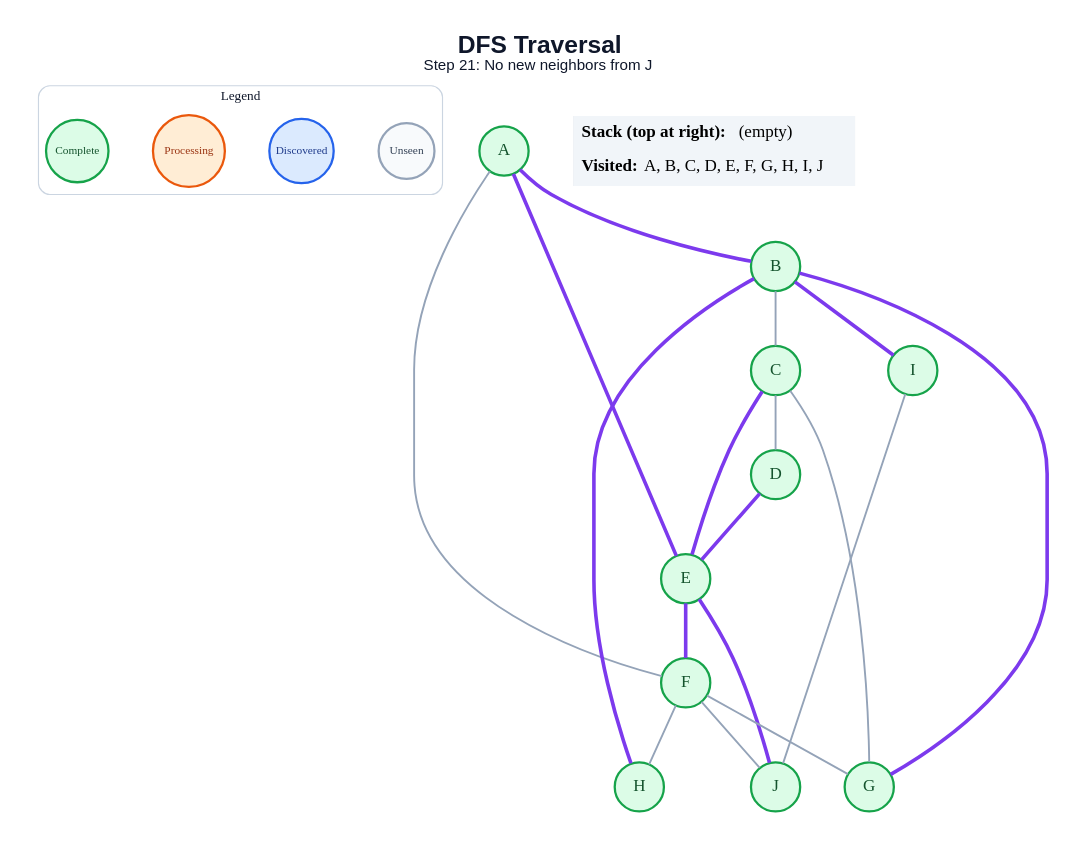
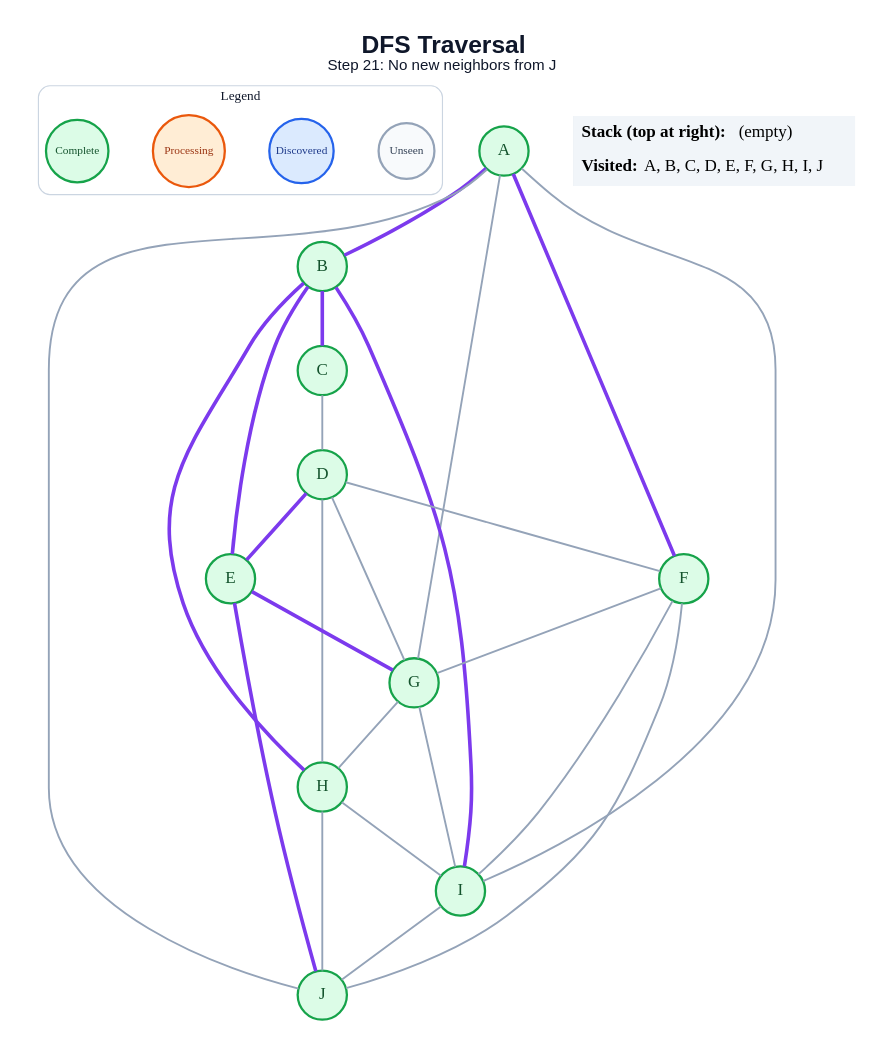
Before and after one commit to amanghodawala9/ai-slop: the diagram in generated/specific-node/dfs/step_21.dot, drawn with Graphviz. The commit also changed 178 other files, not shown here.

```diff
--- a/generated/specific-node/dfs/step_21.dot
+++ b/generated/specific-node/dfs/step_21.dot
@@ -1,46 +1,53 @@
 graph traversal {
   graph [layout=dot, rankdir=TB, bgcolor="#FFFFFF", pad="0.35", nodesep="0.65", ranksep="0.8", fontname="Arial"];
   node [shape=circle, style="filled", fontname="Arial Bold", fontsize=18, width=0.72, fixedsize=true, penwidth=2.4];
   edge [color="#94A3B8", penwidth=2.0];
   label=<<B>DFS Traversal</B><BR/><FONT POINT-SIZE="16">Step 21: No new neighbors from J</FONT>>; labelloc="t"; fontsize=26; fontname="Arial"; fontcolor="#0F172A";
   subgraph cluster_legend { label="Legend"; color="#CBD5E1"; penwidth=1.2; style="rounded"; fontsize=14; fontname="Arial Bold";
     key_unseen [label="Unseen", fillcolor="#F8FAFC", color="#94A3B8", fontcolor="#334155", fontsize=12, width=0.82];
     key_frontier [label="Discovered", fillcolor="#DBEAFE", color="#2563EB", fontcolor="#1E3A8A", fontsize=12, width=0.95];
     key_current [label="Processing", fillcolor="#FFEDD5", color="#EA580C", fontcolor="#9A3412", fontsize=12, width=1.05];
     key_done [label="Complete", fillcolor="#DCFCE7", color="#16A34A", fontcolor="#14532D", fontsize=12, width=0.92];
     { rank=same; key_unseen; key_frontier; key_current; key_done; }
   }
   A [fillcolor="#DCFCE7", color="#16A34A", fontcolor="#14532D"];
   B [fillcolor="#DCFCE7", color="#16A34A", fontcolor="#14532D"];
   C [fillcolor="#DCFCE7", color="#16A34A", fontcolor="#14532D"];
   D [fillcolor="#DCFCE7", color="#16A34A", fontcolor="#14532D"];
   E [fillcolor="#DCFCE7", color="#16A34A", fontcolor="#14532D"];
   F [fillcolor="#DCFCE7", color="#16A34A", fontcolor="#14532D"];
   G [fillcolor="#DCFCE7", color="#16A34A", fontcolor="#14532D"];
   H [fillcolor="#DCFCE7", color="#16A34A", fontcolor="#14532D"];
   I [fillcolor="#DCFCE7", color="#16A34A", fontcolor="#14532D"];
   J [fillcolor="#DCFCE7", color="#16A34A", fontcolor="#14532D"];
   A -- B [color="#7C3AED", penwidth=3.8];
-  A -- E [color="#7C3AED", penwidth=3.8];
-  A -- F;
-  B -- C;
-  B -- G [color="#7C3AED", penwidth=3.8];
+  A -- F [color="#7C3AED", penwidth=3.8];
+  A -- G;
+  A -- I;
+  A -- J;
+  B -- C [color="#7C3AED", penwidth=3.8];
+  B -- E [color="#7C3AED", penwidth=3.8];
   B -- H [color="#7C3AED", penwidth=3.8];
   B -- I [color="#7C3AED", penwidth=3.8];
   C -- D;
-  C -- E [color="#7C3AED", penwidth=3.8];
-  C -- G;
   D -- E [color="#7C3AED", penwidth=3.8];
-  E -- F [color="#7C3AED", penwidth=3.8];
+  D -- F;
+  D -- G;
+  D -- H;
+  E -- G [color="#7C3AED", penwidth=3.8];
   E -- J [color="#7C3AED", penwidth=3.8];
   F -- G;
-  F -- H;
+  F -- I;
   F -- J;
+  G -- H;
+  G -- I;
+  H -- I;
+  H -- J;
   I -- J;
   status [shape=plain, fixedsize=false, width=0, height=0, margin=0, label=<
     <TABLE BORDER="0" CELLBORDER="0" CELLPADDING="7" BGCOLOR="#F1F5F9">
       <TR><TD ALIGN="LEFT"><B>Stack (top at right):</B> (empty)</TD></TR>
       <TR><TD ALIGN="LEFT"><B>Visited:</B> A, B, C, D, E, F, G, H, I, J</TD></TR>
     </TABLE>
   >];
 }
```
